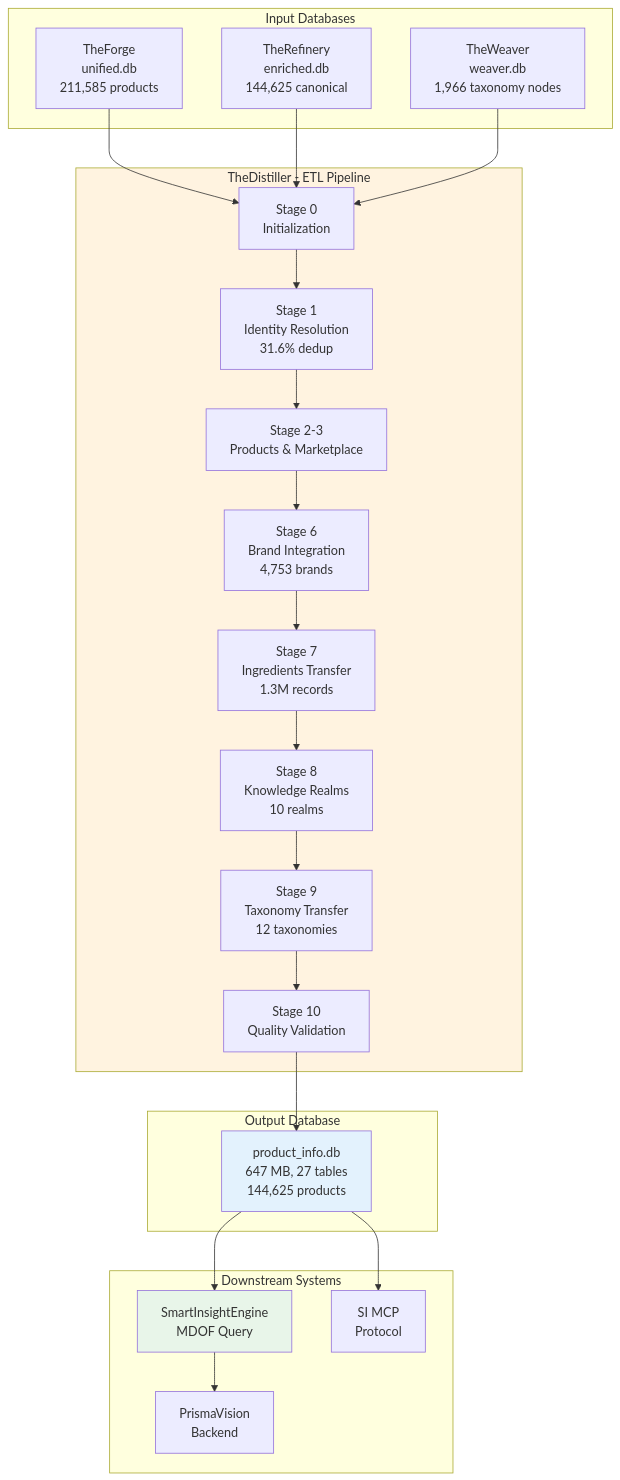
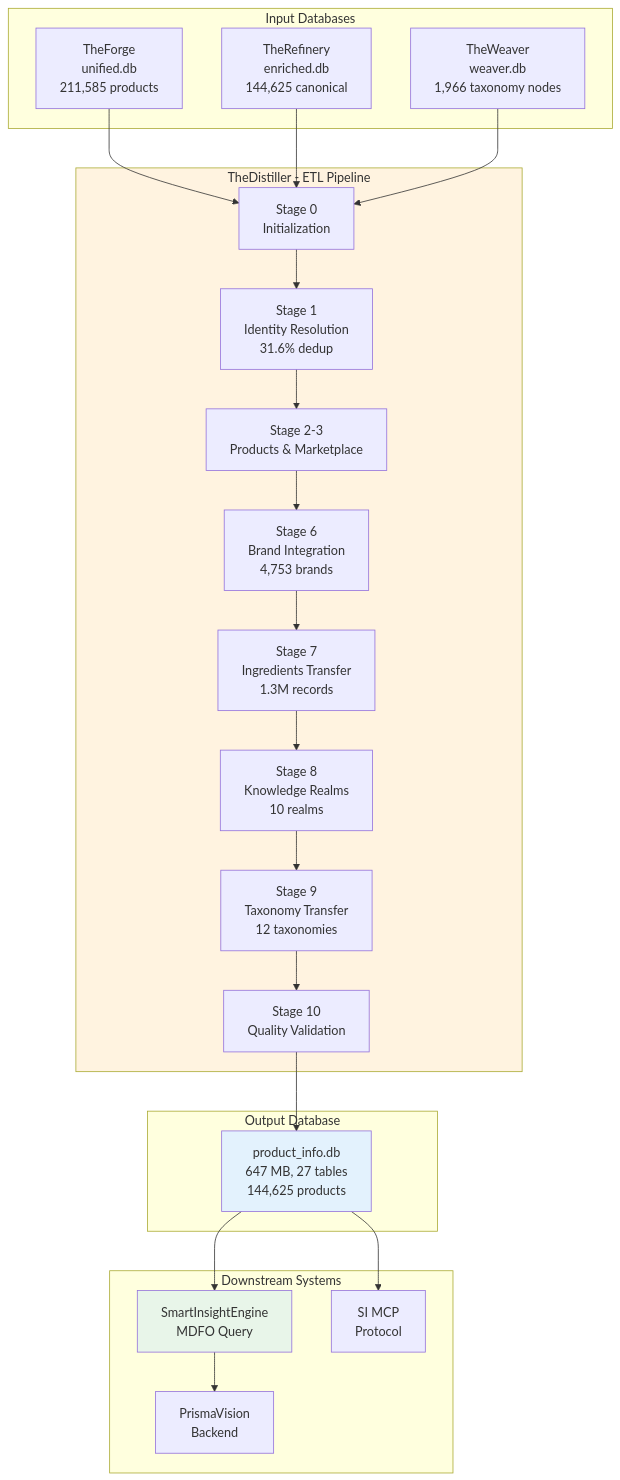
Before and after one commit to mapleelpam/LuminNexus-LearningMap: the first of 2 diagrams in projects/alchemymind/thedistiller.md, drawn with Mermaid. The commit also changed other lines of this file and 18 other files, not shown here.

First line of the commit message:
chore: MDOF → MDFO 全 repo 正名

````diff
--- a/projects/alchemymind/thedistiller.md
+++ b/projects/alchemymind/thedistiller.md
@@ -62,45 +62,45 @@
 ```mermaid
 graph TB
     subgraph Input["Input Databases"]
         F[TheForge<br/>unified.db<br/>211,585 products]
         R[TheRefinery<br/>enriched.db<br/>144,625 canonical]
         W[TheWeaver<br/>weaver.db<br/>1,966 taxonomy nodes]
     end
 
     subgraph TheDistiller["TheDistiller - ETL Pipeline"]
         S0[Stage 0<br/>Initialization]
         S1[Stage 1<br/>Identity Resolution<br/>31.6% dedup]
         S2[Stage 2-3<br/>Products & Marketplace]
         S6[Stage 6<br/>Brand Integration<br/>4,753 brands]
         S7[Stage 7<br/>Ingredients Transfer<br/>1.3M records]
         S8[Stage 8<br/>Knowledge Realms<br/>10 realms]
         S9[Stage 9<br/>Taxonomy Transfer<br/>12 taxonomies]
         S10[Stage 10<br/>Quality Validation]
     end
 
     subgraph Output["Output Database"]
         P[product_info.db<br/>647 MB, 27 tables<br/>144,625 products]
     end
 
     subgraph Downstream["Downstream Systems"]
-        SI[SmartInsightEngine<br/>MDOF Query]
+        SI[SmartInsightEngine<br/>MDFO Query]
         MCP[SI MCP<br/>Protocol]
         BE[PrismaVision<br/>Backend]
     end
 
     F --> S0
     R --> S0
     W --> S0
 
     S0 --> S1 --> S2 --> S6 --> S7 --> S8 --> S9 --> S10
 
     S10 --> P
 
     P --> SI
     P --> MCP
     SI --> BE
 
     style TheDistiller fill:#fff3e0
     style P fill:#e3f2fd
     style SI fill:#e8f5e9
 ```
````
